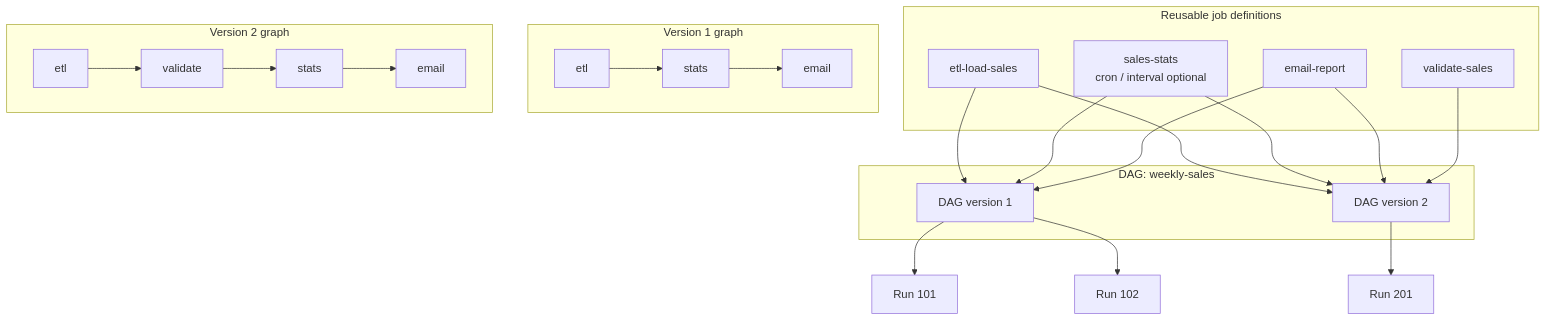
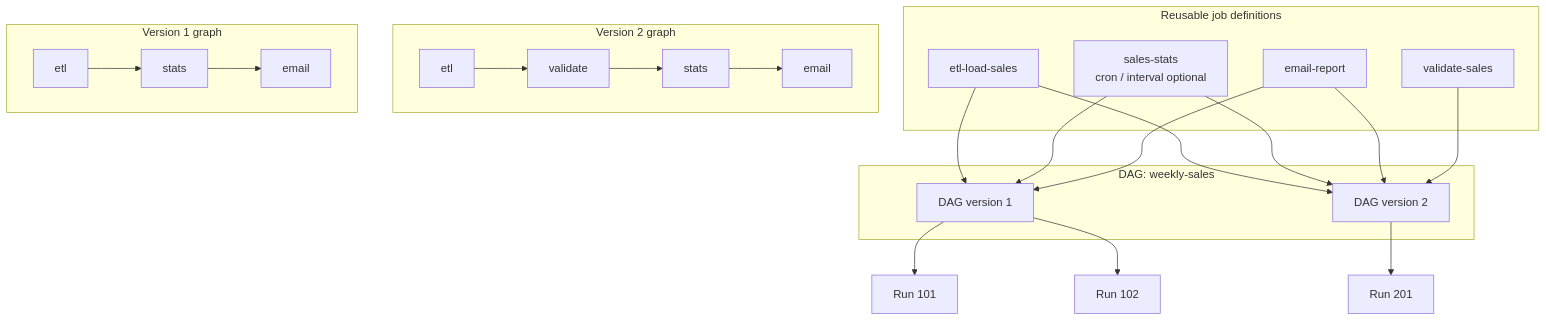
The second of 6 diagrams in README.md (edkuperman/chronosched), drawn with Mermaid before and after one commit.

Commit message:
Fixed DAG version sequence in Mermaid

````diff
--- a/README.md
+++ b/README.md
@@ -197,42 +197,42 @@
 ```mermaid
 flowchart TD
     subgraph Definitions[Reusable job definitions]
         D1[etl-load-sales]
         D2[sales-stats
 cron / interval optional]
         D3[email-report]
         D4[validate-sales]
     end
 
     subgraph DAG[DAG: weekly-sales]
         V1[DAG version 1]
         V2[DAG version 2]
     end
 
     D1 --> V1
     D2 --> V1
     D3 --> V1
     D1 --> V2
     D2 --> V2
     D3 --> V2
     D4 --> V2
 
-    subgraph Version1Graph[Version 1 graph]
-        V1A[etl]
-        V1B[stats]
-        V1C[email]
-        V1A --> V1B --> V1C
-    end
-
     subgraph Version2Graph[Version 2 graph]
         V2A[etl]
         V2B[validate]
         V2C[stats]
         V2D[email]
         V2A --> V2B --> V2C --> V2D
     end
 
+    subgraph Version1Graph[Version 1 graph]
+        V1A[etl]
+        V1B[stats]
+        V1C[email]
+        V1A --> V1B --> V1C
+    end
+    
     V1 --> Run1[Run 101]
     V1 --> Run2[Run 102]
     V2 --> Run3[Run 201]
 ```
````
